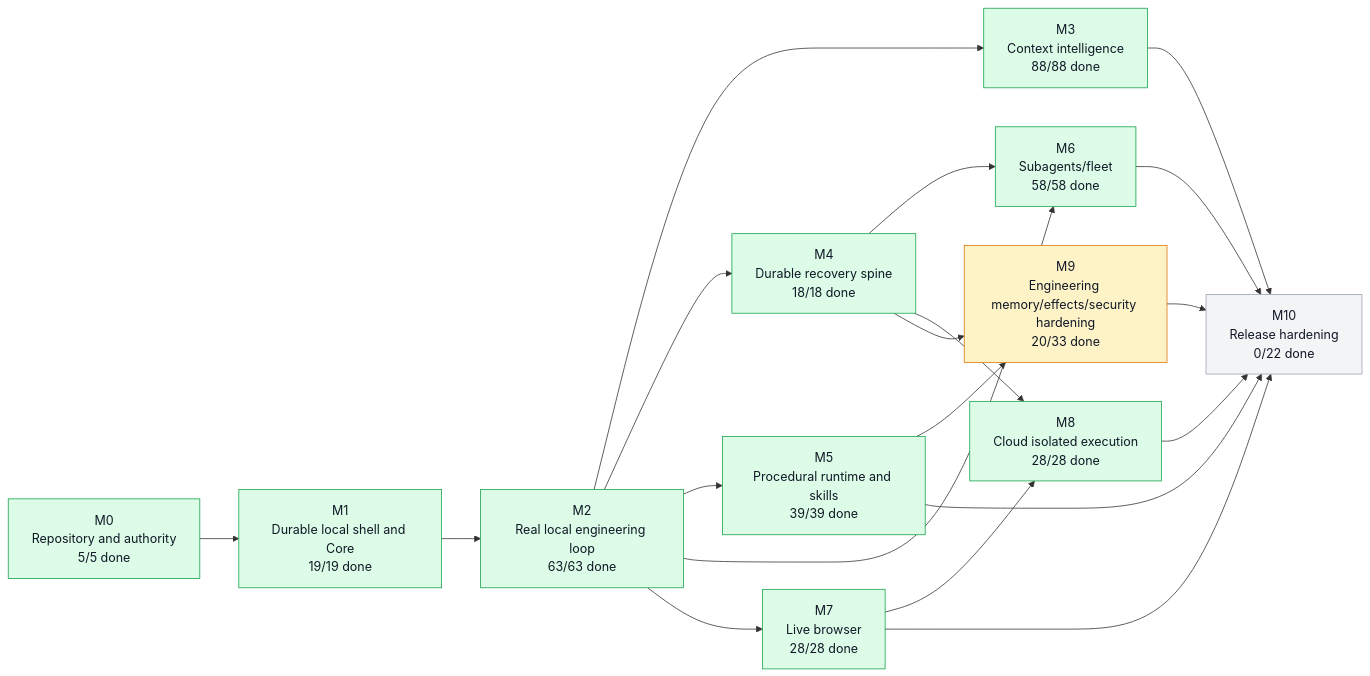
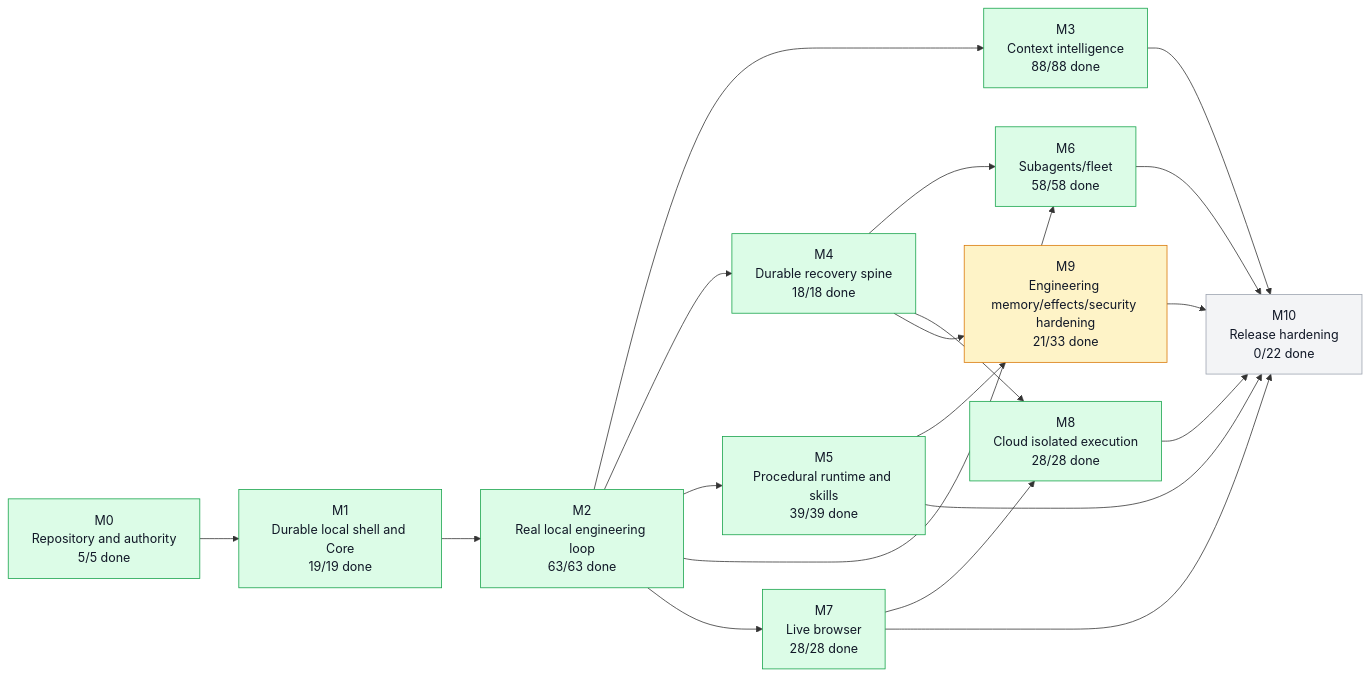
One commit to moss101/modbit changed the first of 5 diagrams in graph/PROJECT_GRAPH.md. Above: the diagram before and after it, drawn with Mermaid. The commit also changed other lines of this file and 5 other files, not shown here.

````diff
--- a/graph/PROJECT_GRAPH.md
+++ b/graph/PROJECT_GRAPH.md
@@ -57,43 +57,43 @@
 ```mermaid
 flowchart LR
   M0["M0<br/>Repository and authority<br/>5/5 done"]
   M1["M1<br/>Durable local shell and Core<br/>19/19 done"]
   M2["M2<br/>Real local engineering loop<br/>63/63 done"]
   M3["M3<br/>Context intelligence<br/>88/88 done"]
   M4["M4<br/>Durable recovery spine<br/>18/18 done"]
   M5["M5<br/>Procedural runtime and skills<br/>39/39 done"]
   M6["M6<br/>Subagents/fleet<br/>58/58 done"]
   M7["M7<br/>Live browser<br/>28/28 done"]
   M8["M8<br/>Cloud isolated execution<br/>28/28 done"]
-  M9["M9<br/>Engineering memory/effects/security hardening<br/>20/33 done"]
+  M9["M9<br/>Engineering memory/effects/security hardening<br/>21/33 done"]
   M10["M10<br/>Release hardening<br/>0/22 done"]
   M0 --> M1
   M1 --> M2
   M2 --> M3
   M2 --> M4
   M2 --> M5
   M2 --> M6
   M4 --> M6
   M2 --> M7
   M4 --> M8
   M7 --> M8
   M4 --> M9
   M5 --> M9
   M3 --> M10
   M5 --> M10
   M6 --> M10
   M7 --> M10
   M8 --> M10
   M9 --> M10
   style M0 fill:#dcfce7,stroke:#16a34a,color:#111827
   style M1 fill:#dcfce7,stroke:#16a34a,color:#111827
   style M2 fill:#dcfce7,stroke:#16a34a,color:#111827
   style M3 fill:#dcfce7,stroke:#16a34a,color:#111827
   style M4 fill:#dcfce7,stroke:#16a34a,color:#111827
   style M5 fill:#dcfce7,stroke:#16a34a,color:#111827
   style M6 fill:#dcfce7,stroke:#16a34a,color:#111827
   style M7 fill:#dcfce7,stroke:#16a34a,color:#111827
   style M8 fill:#dcfce7,stroke:#16a34a,color:#111827
   style M9 fill:#fef3c7,stroke:#d97706,color:#111827
   style M10 fill:#f3f4f6,stroke:#9ca3af,color:#111827
 ```
````
